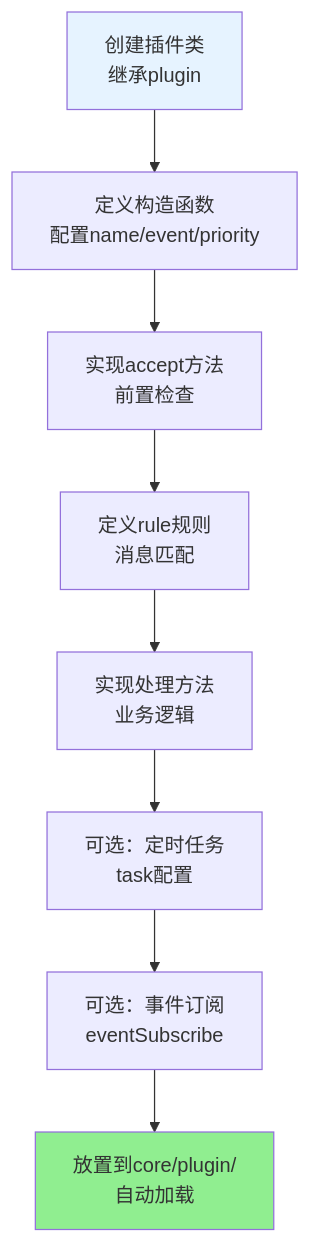
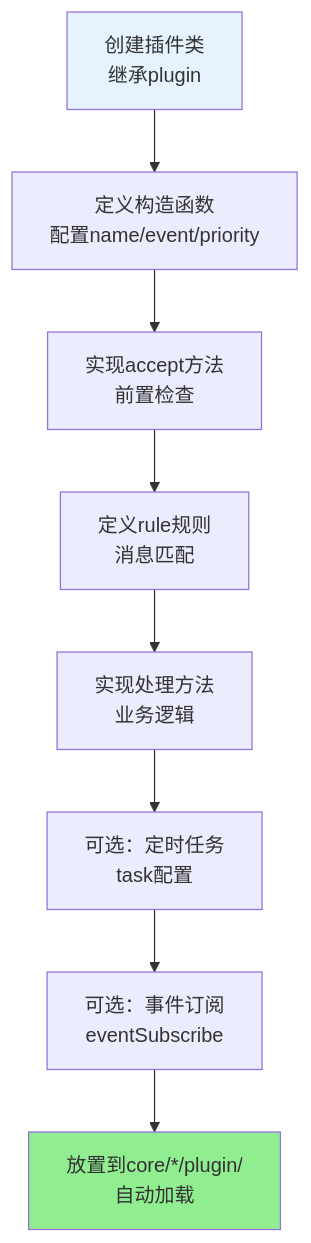
The second of 9 diagrams in docs/框架可扩展性指南.md (sunflowermm/XRK-AGT), drawn with Mermaid before and after one commit. The commit also changed other lines of this file and 116 other files, not shown here.

````diff
--- a/docs/框架可扩展性指南.md
+++ b/docs/框架可扩展性指南.md
@@ -85,13 +169,13 @@
 ```mermaid
 flowchart TB
     A["创建插件类<br/>继承plugin"] --> B["定义构造函数<br/>配置name/event/priority"]
     B --> C["实现accept方法<br/>前置检查"]
     C --> D["定义rule规则<br/>消息匹配"]
     D --> E["实现处理方法<br/>业务逻辑"]
     E --> F["可选：定时任务<br/>task配置"]
     F --> G["可选：事件订阅<br/>eventSubscribe"]
-    G --> H["放置到core/plugin/<br/>自动加载"]
+    G --> H["放置到core/*/plugin/<br/>自动加载"]
     
     style A fill:#E6F3FF
     style H fill:#90EE90
 ```
````
